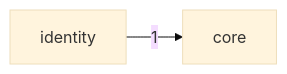
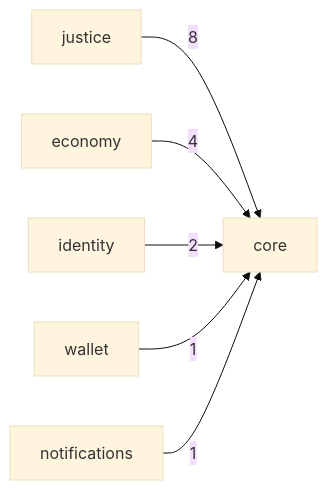
The diagram in reports/module_dependencies.md (vitronishbo-wq/sila-system), drawn with Mermaid (base theme) before and after one commit. The commit also changed other lines of this file and 5132 other files, not shown here.

````diff
--- a/reports/module_dependencies.md
+++ b/reports/module_dependencies.md
@@ -64,4 +71,8 @@
 ```mermaid
 graph LR
-  identity -->|1| core
+  justice -->|8| core
+  economy -->|4| core
+  identity -->|2| core
+  wallet -->|1| core
+  notifications -->|1| core
 ```
````
